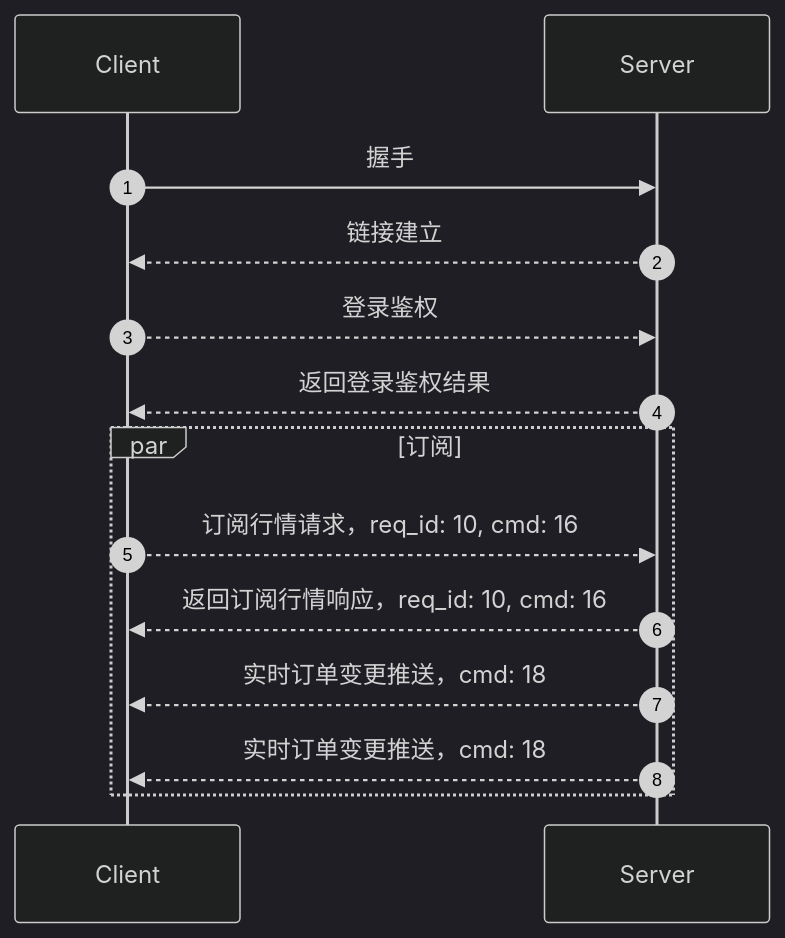
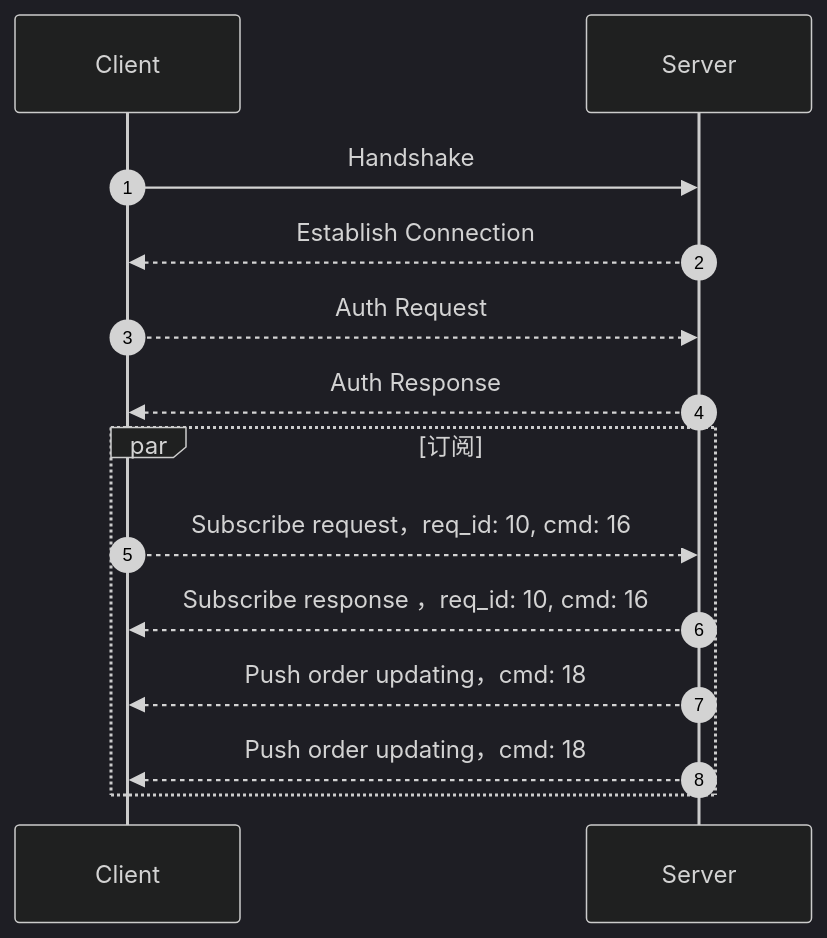
Before and after one commit to longportapp/openapi-website: the diagram in i18n/en/docusaurus-plugin-content-docs/current/socket/how_to_subscribe_trade.md, drawn with Mermaid (dark theme). The commit also changed other lines of this file and 22 other files, not shown here.

````diff
--- a/i18n/en/docusaurus-plugin-content-docs/current/socket/how_to_subscribe_trade.md
+++ b/i18n/en/docusaurus-plugin-content-docs/current/socket/how_to_subscribe_trade.md
@@ -18,18 +20,18 @@
 ```mermaid
 sequenceDiagram
 autonumber
-Client ->> Server: 握手
-Server -->> Client: 链接建立
-Client -->> Server: 登录鉴权
-Server -->> Client: 返回登录鉴权结果
+Client ->> Server: Handshake
+Server -->> Client: Establish Connection
+Client -->> Server: Auth Request
+Server -->> Client: Auth Response
 
 par 订阅
-Client -->> Server: 订阅行情请求，req_id: 10, cmd: 16
-Server -->> Client: 返回订阅行情响应，req_id: 10, cmd: 16
+Client -->> Server: Subscribe request，req_id: 10, cmd: 16
+Server -->> Client: Subscribe response ，req_id: 10, cmd: 16
 
-Server -->> Client: 实时订单变更推送，cmd: 18
-Server -->> Client: 实时订单变更推送，cmd: 18
+Server -->> Client: Push order updating，cmd: 18
+Server -->> Client: Push order updating，cmd: 18
 
 end
 
 ```
````
